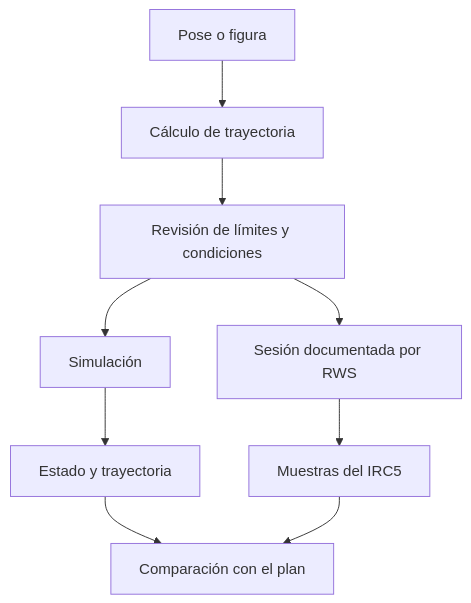
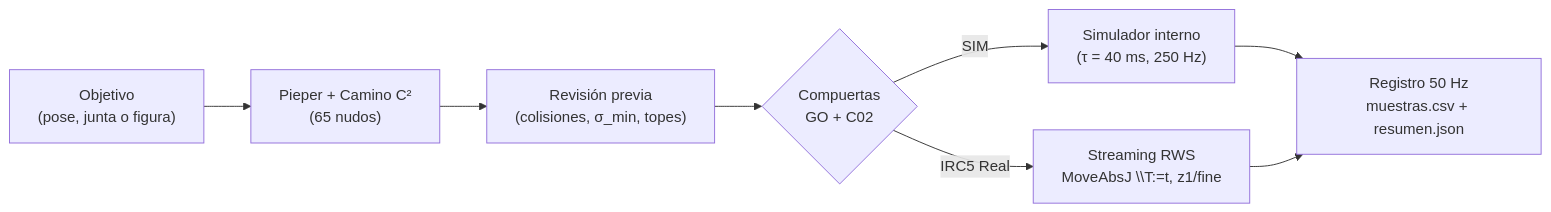
One commit to FlorenciaFrigerio/pfi-vevas-irb120 changed the diagram in 04_hito3_4_control_real/README.md. Above: the diagram before and after it, drawn with Mermaid. The commit also changed other lines of this file and 29 other files, not shown here.

```diff
--- a/04_hito3_4_control_real/README.md
+++ b/04_hito3_4_control_real/README.md
@@ -20,11 +55,10 @@
 ~~~mermaid
-flowchart TD
- A["Pose o figura"] --> B["Cálculo de trayectoria"]
- B --> C["Revisión de límites y condiciones"]
- C --> D["Simulación"]
- C --> E["Sesión documentada por RWS"]
- D --> F["Estado y trayectoria"]
- E --> G["Muestras del IRC5"]
- F --> H["Comparación con el plan"]
- G --> H
+flowchart LR
+ A["Objetivo\n(pose, junta o figura)"] --> B["Pieper + Camino C²\n(65 nudos)"]
+ B --> C["Revisión previa\n(colisiones, σ_min, topes)"]
+ C --> D{"Compuertas\nGO + C02"}
+ D -->|SIM| E["Simulador interno\n(τ = 40 ms, 250 Hz)"]
+ D -->|IRC5 Real| F["Streaming RWS\nMoveAbsJ \\T:=t, z1/fine"]
+ E --> G["Registro 50 Hz\nmuestras.csv + resumen.json"]
+ F --> G
 ~~~
```
